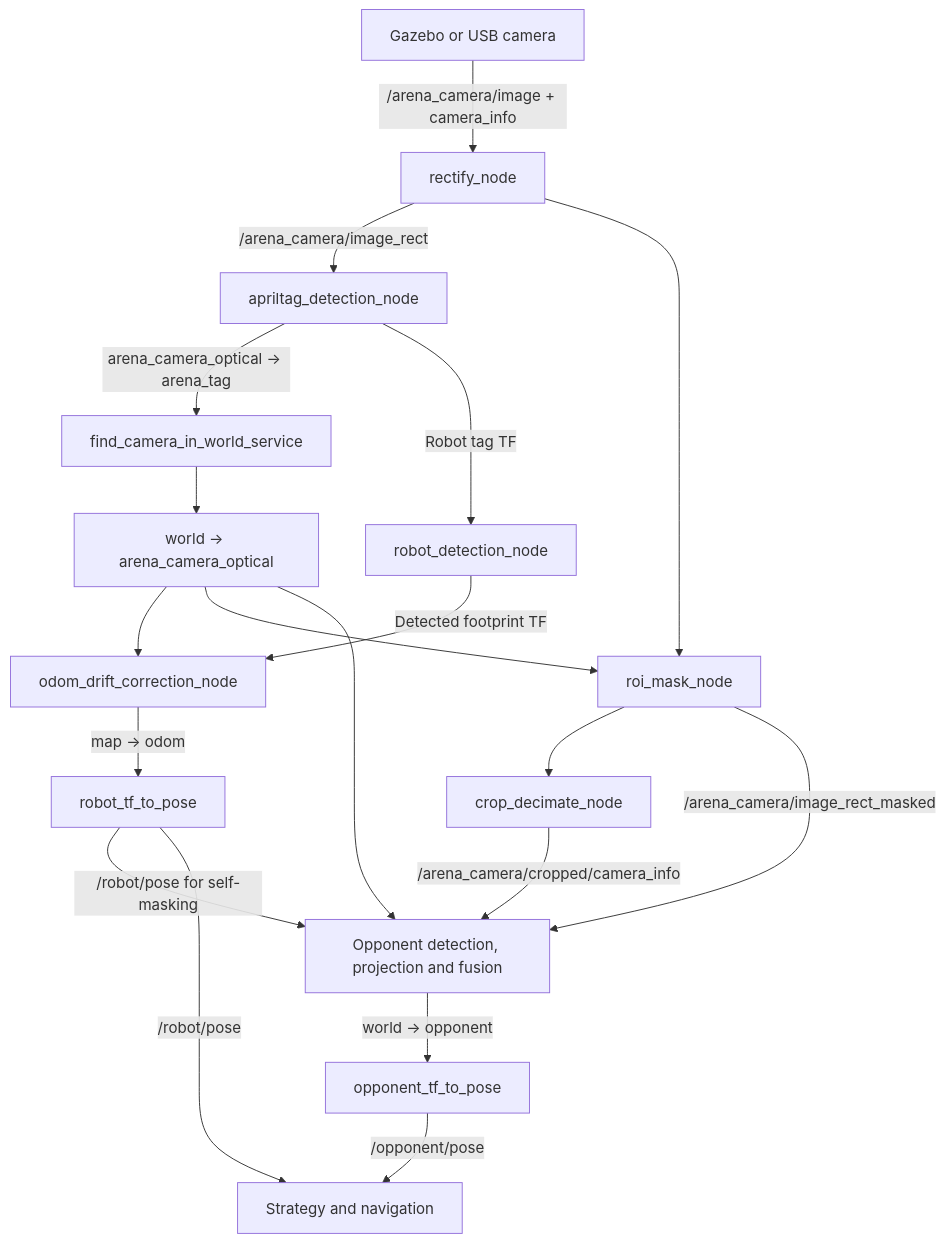
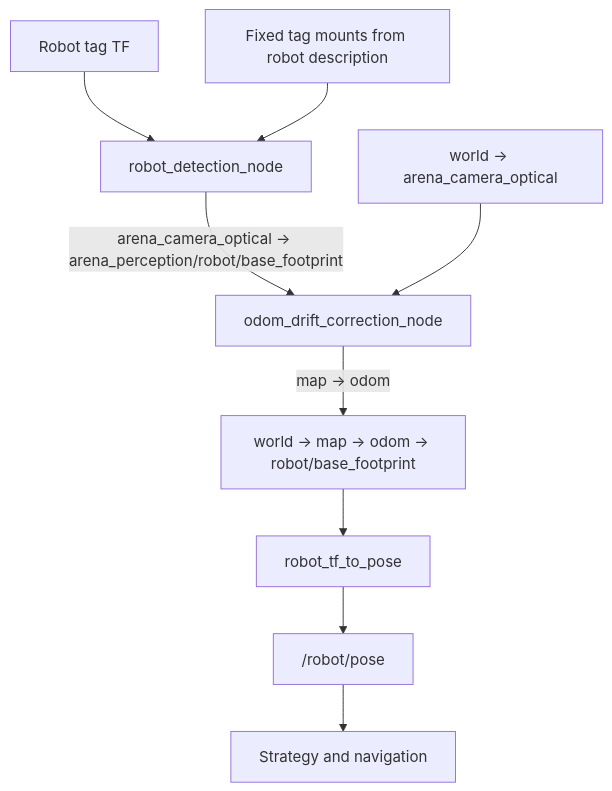
The second of 3 diagrams in docs/packages/arena_perception.md (eubotx/robofetz_as), drawn with Mermaid before and after one commit. The commit also changed other lines of this file and 9 other files, not shown here.

````diff
--- a/docs/packages/arena_perception.md
+++ b/docs/packages/arena_perception.md
@@ -269,21 +138,11 @@
 ```mermaid
 flowchart TD
-  Camera["Gazebo or USB camera"] -->|"/arena_camera/image + camera_info"| Rectify["rectify_node"]
-  Rectify -->|"/arena_camera/image_rect"| Tags["apriltag_detection_node"]
-  Tags -->|"arena_camera_optical → arena_tag"| Calibrate["find_camera_in_world_service"]
-  Calibrate --> CameraTF["world → arena_camera_optical"]
-  Tags -->|"Robot tag TF"| Robot["robot_detection_node"]
-  CameraTF --> Localize["odom_drift_correction_node"]
-  Robot -->|"Detected footprint TF"| Localize
-  Localize -->|"map → odom"| RobotPose["robot_tf_to_pose"]
-  Rectify --> Mask["roi_mask_node"]
-  CameraTF --> Mask
-  Mask --> Crop["crop_decimate_node"]
-  Crop -->|"/arena_camera/cropped/camera_info"| Opponent
-  Mask -->|"/arena_camera/image_rect_masked"| Opponent["Opponent detection, projection and fusion"]
-  CameraTF --> Opponent
-  RobotPose -->|"/robot/pose for self-masking"| Opponent
-  Opponent -->|"world → opponent"| OpponentPose["opponent_tf_to_pose"]
-  RobotPose -->|"/robot/pose"| Autonomy["Strategy and navigation"]
-  OpponentPose -->|"/opponent/pose"| Autonomy
+  RobotTags["Robot tag TF"] --> Robot["robot_detection_node"]
+  Mounts["Fixed tag mounts from robot description"] --> Robot
+  Robot -->|"arena_camera_optical → arena_perception/robot/base_footprint"| Localize["odom_drift_correction_node"]
+  CameraTF["world → arena_camera_optical"] --> Localize
+  Localize -->|"map → odom"| Chain["world → map → odom → robot/base_footprint"]
+  Chain --> RobotPose["robot_tf_to_pose"]
+  RobotPose --> Pose["/robot/pose"]
+  Pose --> Autonomy["Strategy and navigation"]
 ```
````
